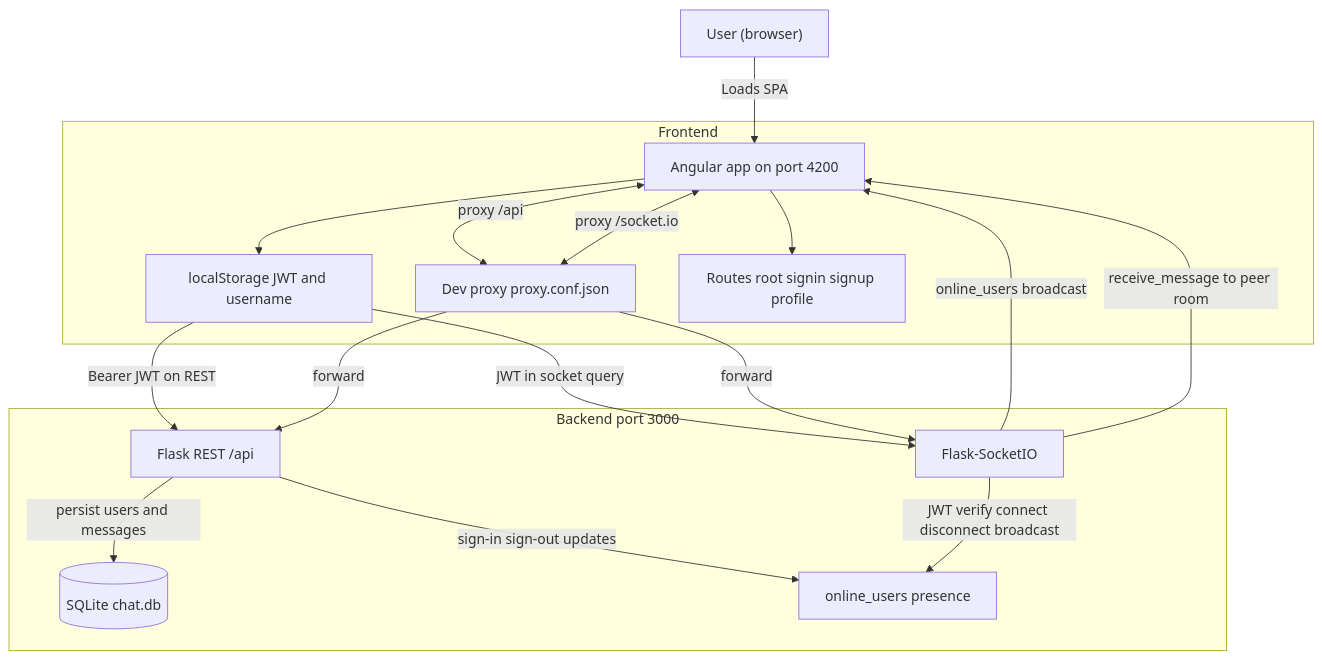
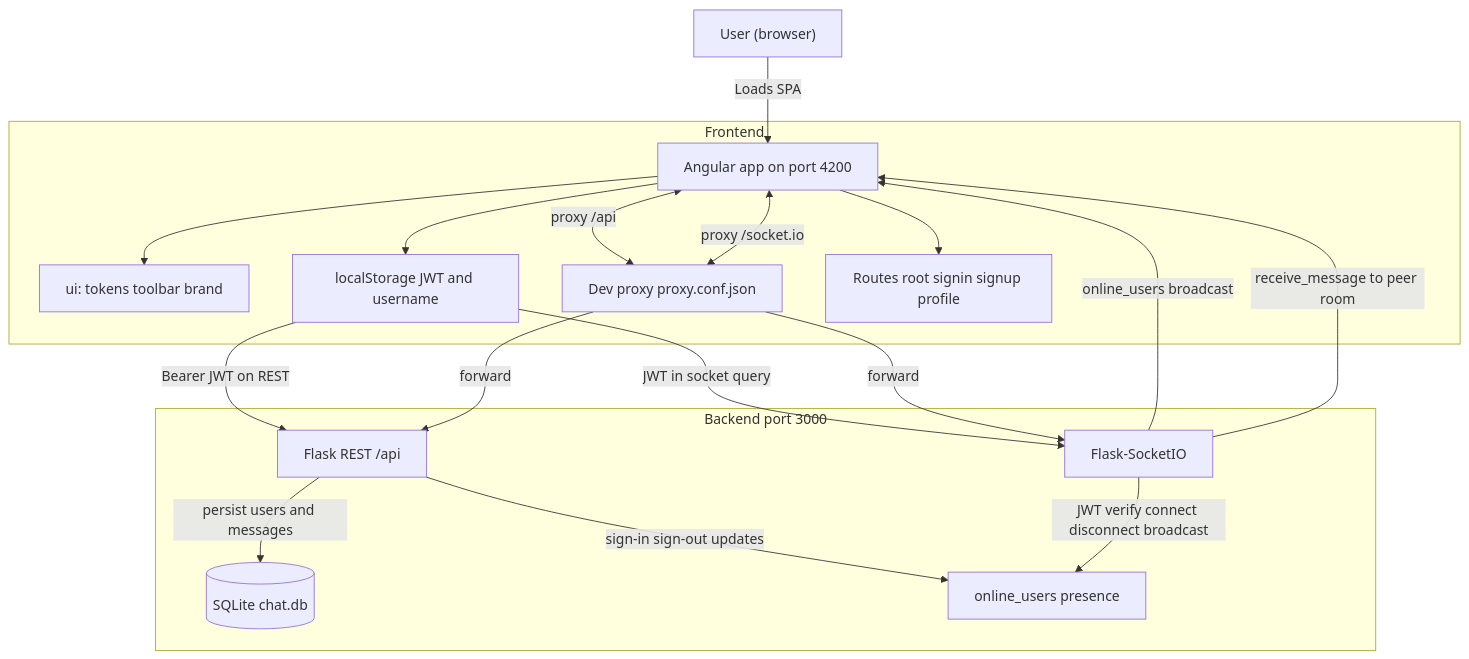
One commit to AbhishekRajGhimire/chat-app changed the first of 2 diagrams in docs/system-design.md. Above: the diagram before and after it, drawn with Mermaid. The commit also changed other lines of this file and 14 other files, not shown here.

````diff
--- a/docs/system-design.md
+++ b/docs/system-design.md
@@ -17,35 +17,38 @@
 ```mermaid
 flowchart TB
   U["User (browser)"] -->|Loads SPA| A["Angular app on port 4200"]
 
   subgraph FE[Frontend]
     A
+    UI["ui: tokens toolbar brand"]
     LS["localStorage JWT and username"]
     PX["Dev proxy proxy.conf.json"]
     RT["Routes root signin signup profile"]
   end
+
+  A --> UI
 
   subgraph BE [Backend port 3000]
     API["Flask REST /api"]
     WS["Flask-SocketIO"]
     DB[(SQLite chat.db)]
     PRES["online_users presence"]
   end
 
   A --> RT
   A --> LS
   LS -->|Bearer JWT on REST| API
   LS -->|JWT in socket query| WS
 
   A <-->|proxy /api| PX
   A <-->|proxy /socket.io| PX
   PX -->|forward| API
   PX -->|forward| WS
 
   API -->|persist users and messages| DB
   API -->|sign-in sign-out updates| PRES
   WS -->|JWT verify connect disconnect broadcast| PRES
 
   WS -->|online_users broadcast| A
   WS -->|receive_message to peer room| A
 ```
````
